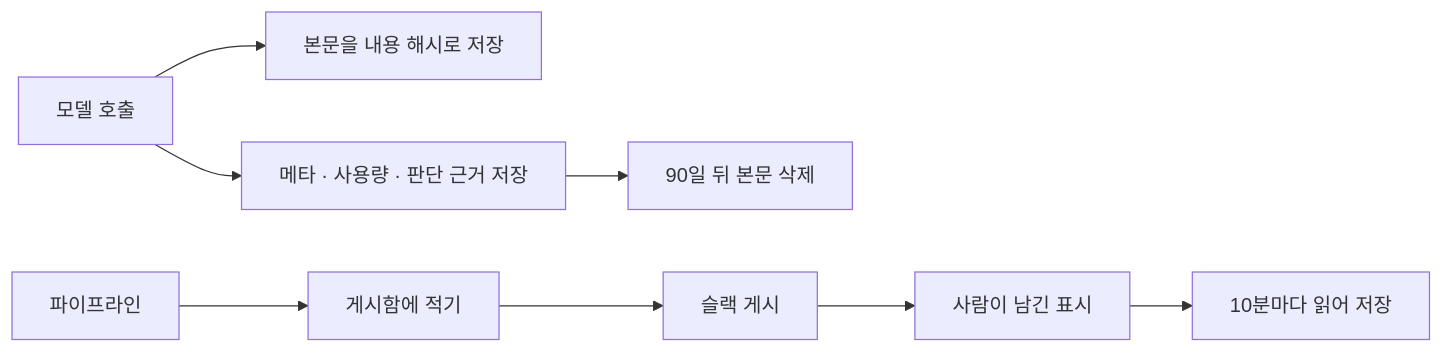
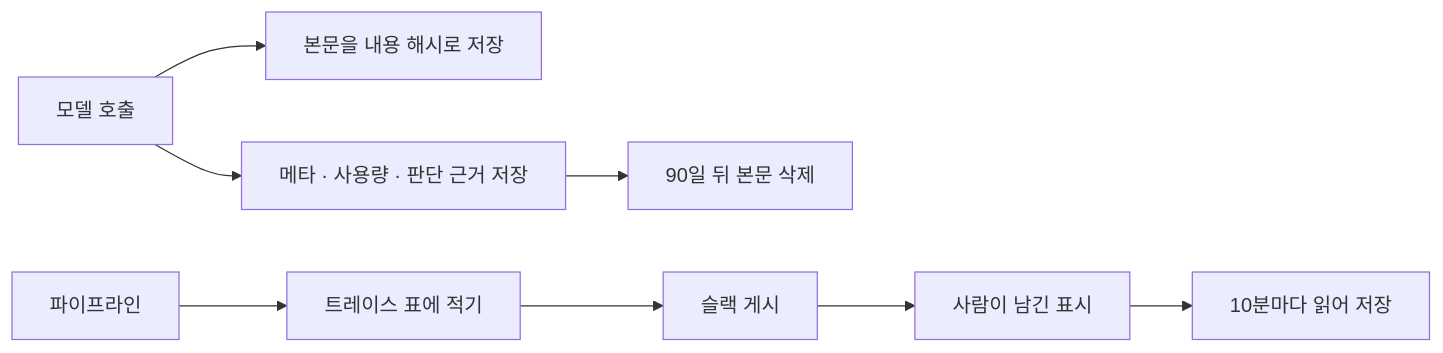
The fifth of 5 diagrams in modules.md (hyewon3938/random-ai-companion), drawn with Mermaid before and after one commit. The commit also changed other lines of this file and 30 other files, not shown here.

````diff
--- a/modules.md
+++ b/modules.md
@@ -122,10 +122,10 @@
 ```mermaid
 flowchart LR
     CALL["모델 호출"] --> BLOB["본문을 내용 해시로 저장"]
     CALL --> META["메타 · 사용량 · 판단 근거 저장"]
     META --> PRUNE["90일 뒤 본문 삭제"]
-    PIPE["파이프라인"] --> BOX["게시함에 적기"]
+    PIPE["파이프라인"] --> BOX["트레이스 표에 적기"]
     BOX --> SLACK["슬랙 게시"]
     SLACK --> MARK["사람이 남긴 표시"]
     MARK --> KEEP["10분마다 읽어 저장"]
 ```
````
